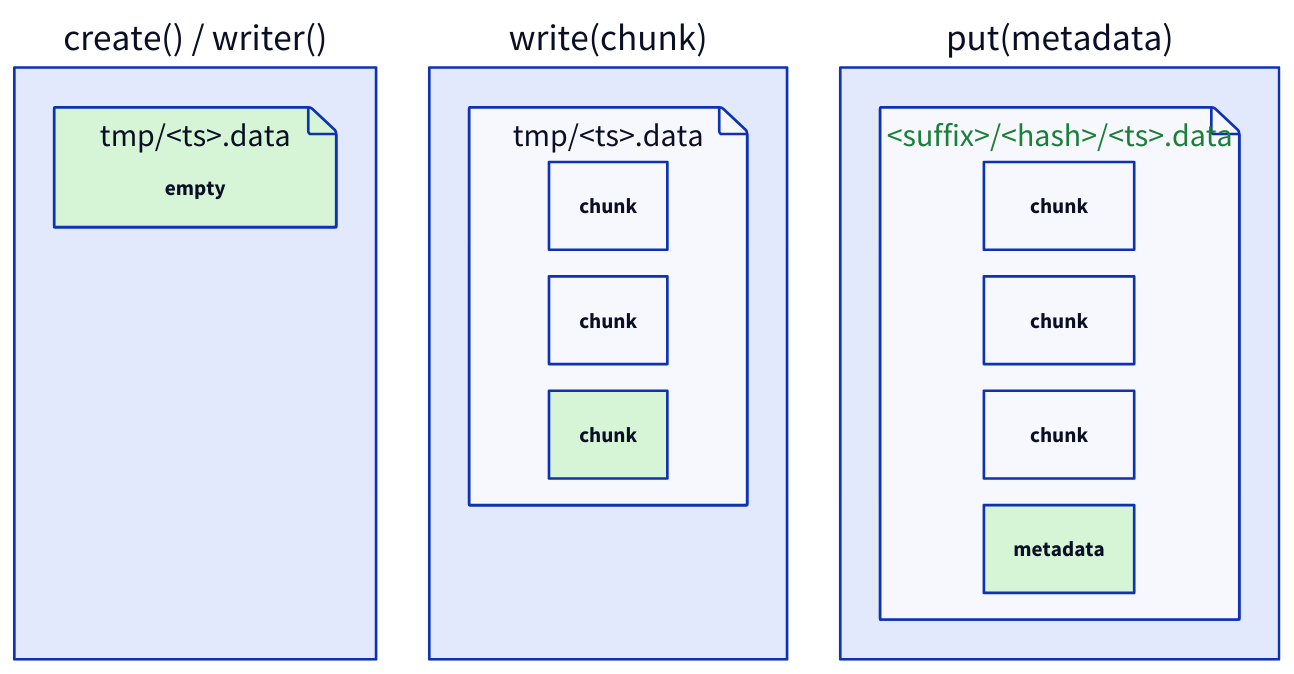
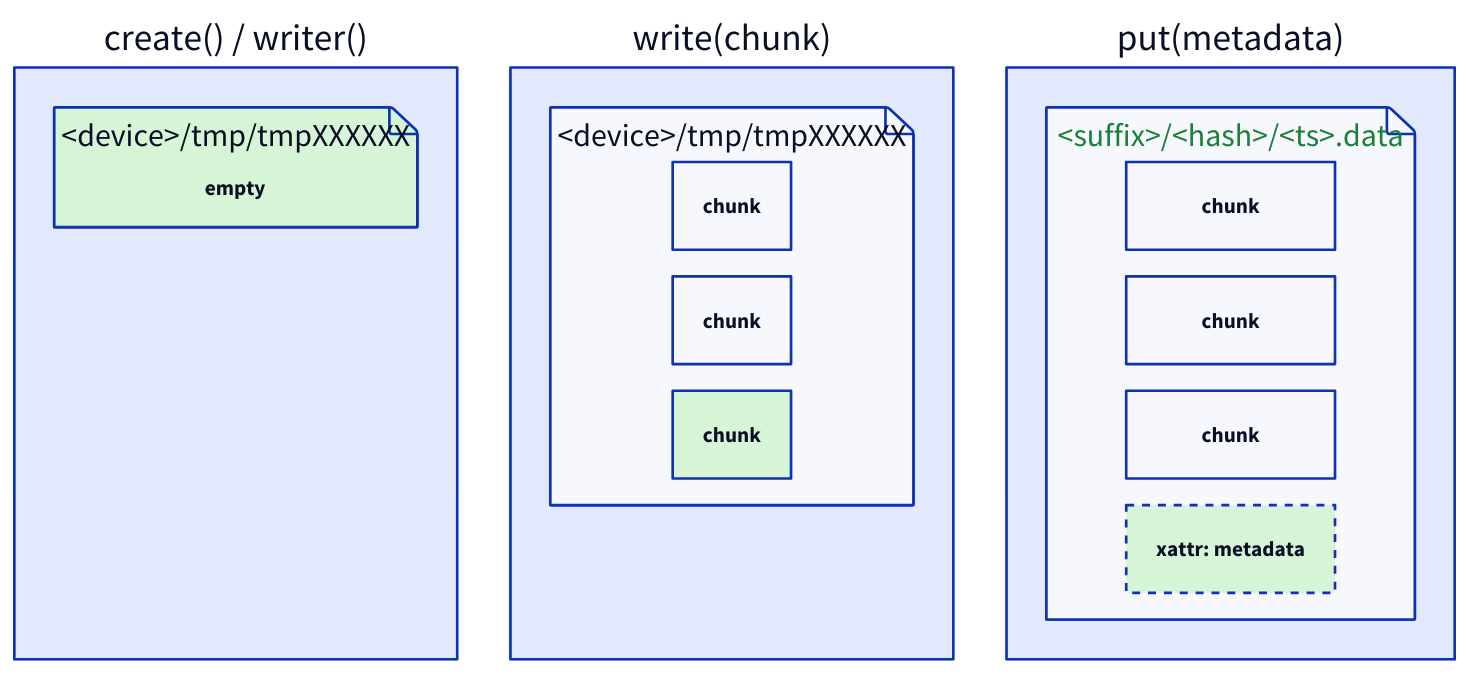
The diagram in presentations/object-server/graphs/slide07.d2 (davidsaOpenu/swiftacular), drawn with D2 before and after one commit. The commit also changed 13 other files, not shown here.

```diff
--- a/presentations/object-server/graphs/slide07.d2
+++ b/presentations/object-server/graphs/slide07.d2
@@ -1,42 +1,42 @@
 direction: right
 grid-rows: 1
 
 c: "create() / writer()" {
-  f: "tmp/<ts>.data" {
+  f: "<device>/tmp/tmpXXXXXX" {
     grid-rows: 3
     shape: page
 
     style.fill: "#d6f5d6"
     height: 90
 
     empty: "empty" {
       height: 0
     }
   }
 }
 
 w: "write(chunk)" {
-  f: "tmp/<ts>.data" {
+  f: "<device>/tmp/tmpXXXXXX" {
     grid-rows: 4
     vertical-gap: 20
     shape: page
 
     c1: "chunk"
     c2: "chunk"
     cN: "chunk" {style.fill: "#d6f5d6"} # only the newest chunk is new
   }
 }
 
 p: "put(metadata)" {
   f: "<suffix>/<hash>/<ts>.data" {
     grid-rows: 4
     vertical-gap: 20
     style.font-color: "#1a7f37"
     shape: page
 
     c1: "chunk"
     c2: "chunk"
     cN: "chunk"
-    m: "metadata" {style.fill: "#d6f5d6"} # metadata added → green
+    m: "xattr: metadata" {style.fill: "#d6f5d6"; style.stroke-dash: 3} # metadata lives in xattrs, not the body
   }
 }
```
